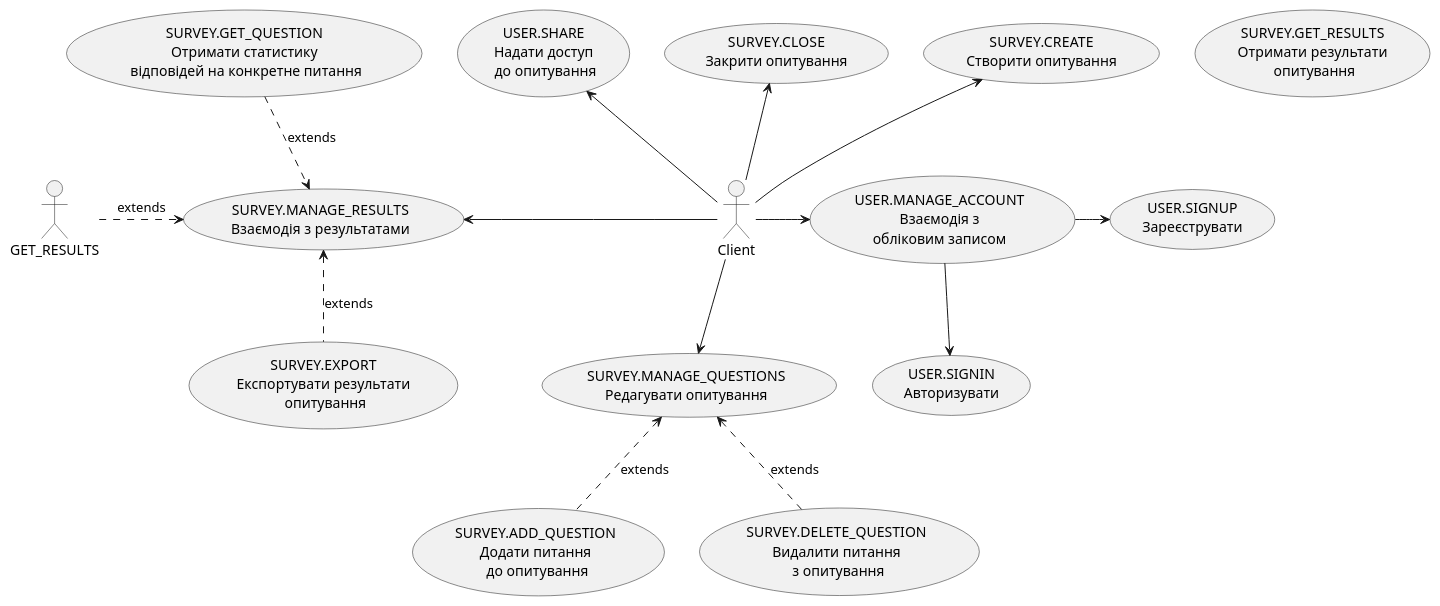
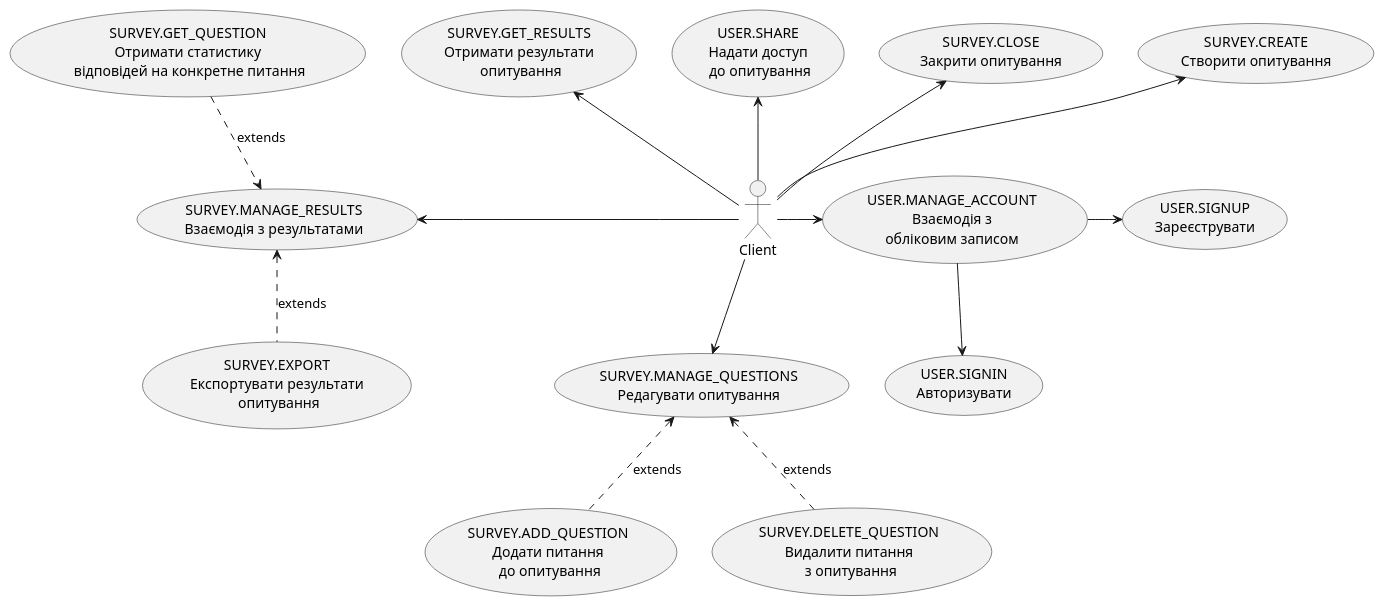
Before and after one commit to xastia/edu_db_labs_group1: the second of 15 diagrams in docs/use cases/README.md, drawn with PlantUML. The commit also changed other lines of this file, not shown here.

```diff
--- a/docs/use cases/README.md
+++ b/docs/use cases/README.md
@@ -48,33 +48,33 @@
 @startuml
 
     actor Client as Client
   
     usecase "USER.SIGNUP\nЗареєструвати" as SIGNUP
     usecase "USER.SIGNIN\nАвторизувати"  as SIGNIN
     usecase "SURVEY.CREATE\nСтворити опитування" as CREATTE
     usecase "SURVEY.CLOSE\nЗакрити опитування" as CLOSE
     usecase "SURVEY.GET_RESULTS\nОтримати результати\n опитування" as GET_RESULT
     usecase "SURVEY.GET_QUESTION\nОтримати статистику\n відповідей на конкретне питання" as GET_QUESTION
     usecase "SURVEY.ADD_QUESTION\nДодати питання\n до опитування" as ADD_QUESTION
     usecase "SURVEY.DELETE_QUESTION\nВидалити питання\n з опитування" as DELETE_QUESTION
     usecase "SURVEY.EXPORT\nЕкспортувати результати\n опитування" as EXPORT
     usecase "USER.SHARE\nНадати доступ\n до опитування" as SHARE
     usecase "USER.MANAGE_ACCOUNT\nВзаємодія з\nобліковим записом" as UInteraction
     usecase "SURVEY.MANAGE_QUESTIONS\nРедагувати опитування" as SEdit
     usecase "SURVEY.MANAGE_RESULTS\nВзаємодія з результатами" as SResults
   
       Client -r-> UInteraction
       Client -d-> SEdit
       Client -l-> SResults
       Client -u-> CREATTE
       Client -u-> CLOSE
       Client -u-> SHARE
+      Client -u-> GET_RESULT
       UInteraction -r-> SIGNUP
       UInteraction -d-> SIGNIN
       SEdit <-d. DELETE_QUESTION : extends
       SEdit <-d. ADD_QUESTION : extends
-      SResults <-l. GET_RESULTS : extends 
       SResults <-u. GET_QUESTION : extends 
       SResults <-d. EXPORT : extends
   
 @enduml
```
